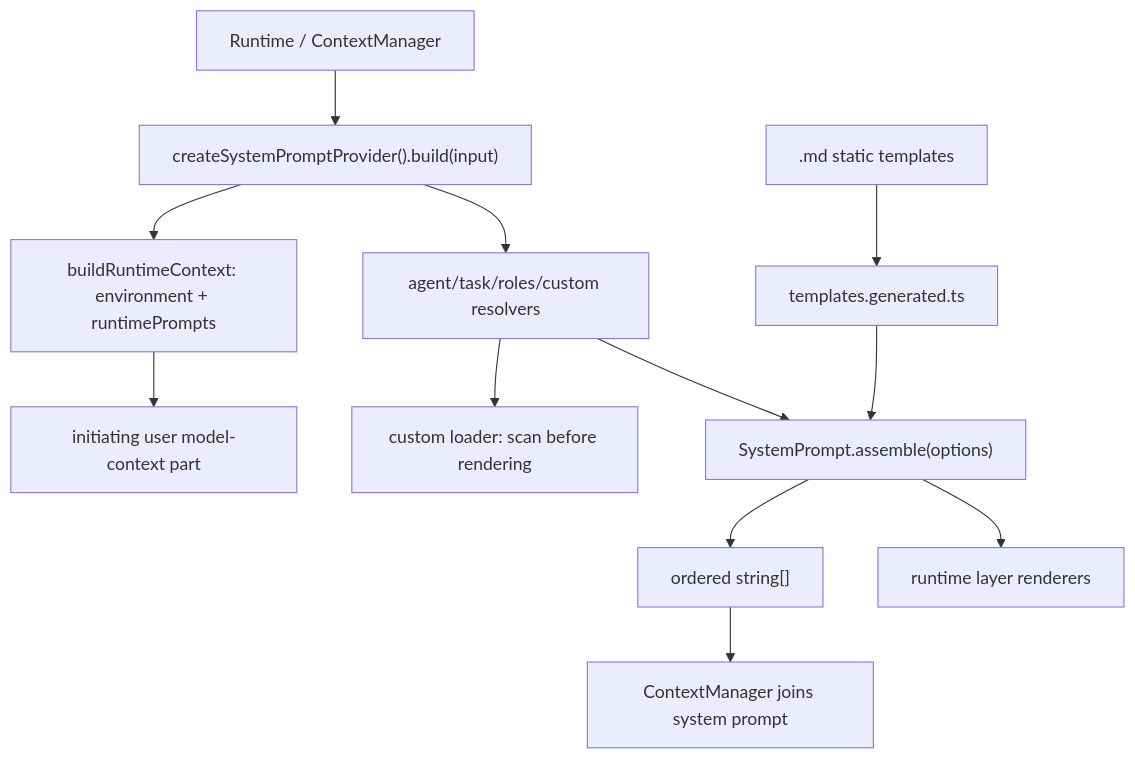
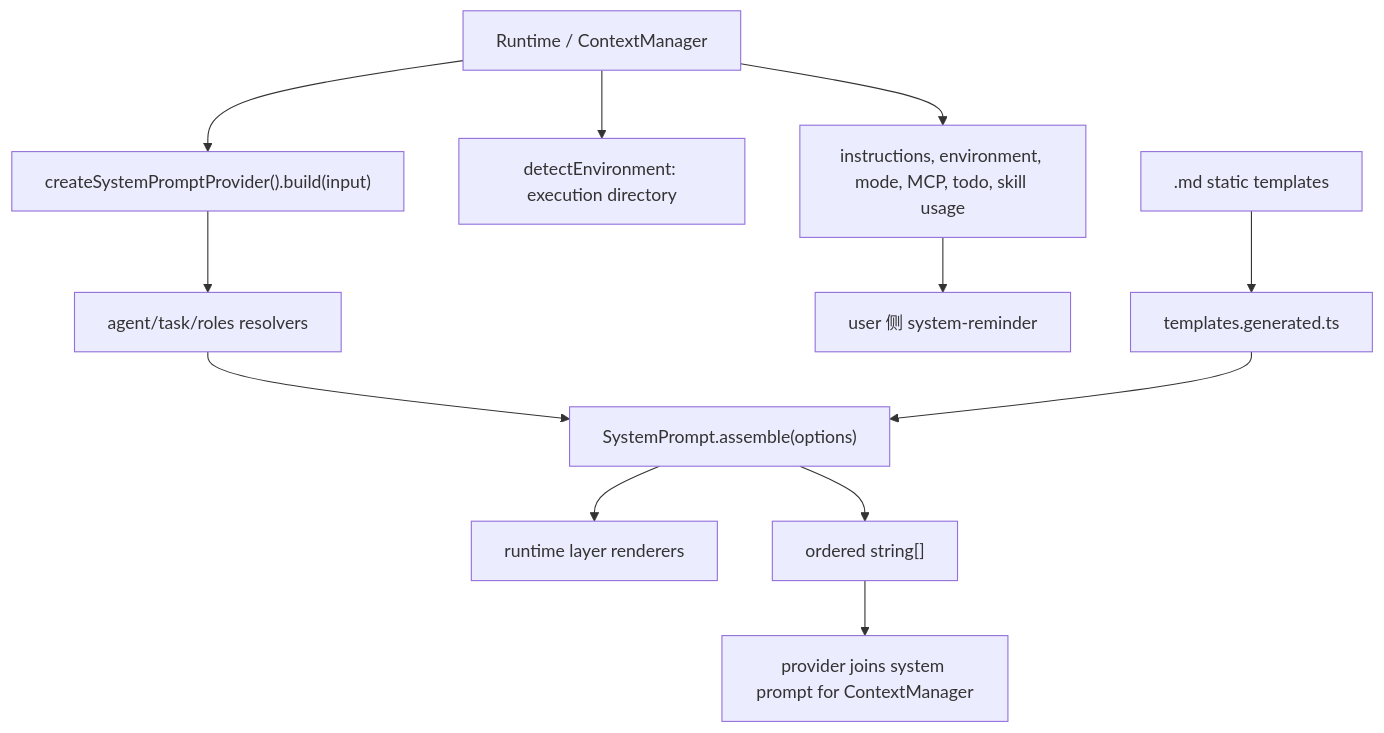
The diagram in docs/core/system-prompt/dfd-interface.md (diverHansun/ohbaby-agent), drawn with Mermaid before and after one commit. The commit also changed other lines of this file and 59 other files, not shown here.

Commit message:
feat: deliver project and global instructions as scoped reminders

````diff
--- a/docs/core/system-prompt/dfd-interface.md
+++ b/docs/core/system-prompt/dfd-interface.md
@@ -9,14 +9,14 @@
 ```mermaid
 flowchart TD
   runtime["Runtime / ContextManager"] --> provider["createSystemPromptProvider().build(input)"]
-  provider --> resolvers["agent/task/roles/custom resolvers"]
-  provider --> runtimeText["buildRuntimeContext: environment + runtimePrompts"]
-  runtimeText --> part["initiating user model-context part"]
+  provider --> resolvers["agent/task/roles resolvers"]
+  runtime --> environment["detectEnvironment: execution directory"]
+  runtime --> reminders["instructions, environment, mode, MCP, todo, skill usage"]
+  reminders --> history["user 侧 system-reminder"]
   resolvers --> assemble["SystemPrompt.assemble(options)"]
   staticTemplates[".md static templates"] --> generatedTemplates["templates.generated.ts"]
   generatedTemplates --> assemble
   assemble --> runtimeLayers["runtime layer renderers"]
-  resolvers --> security["custom loader: scan before rendering"]
   assemble --> layers["ordered string[]"]
-  layers --> context["ContextManager joins system prompt"]
+  layers --> context["provider joins system prompt for ContextManager"]
 ```
````
